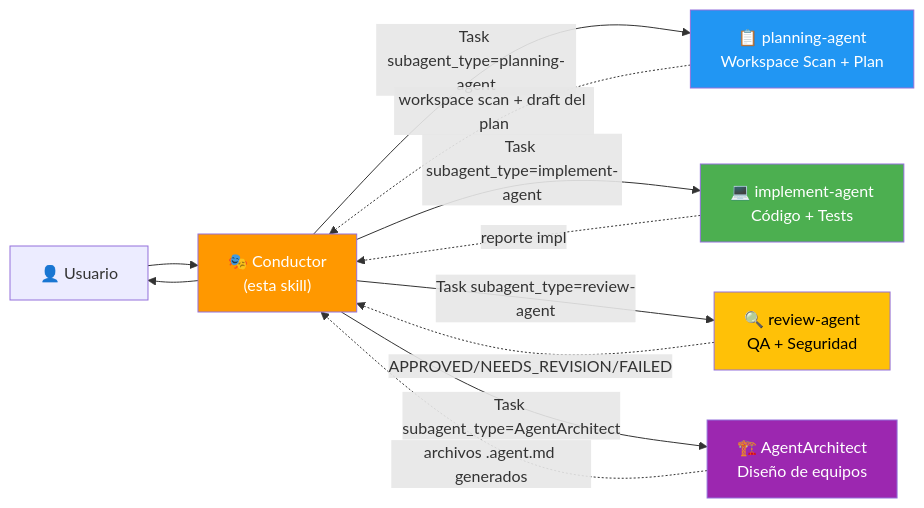
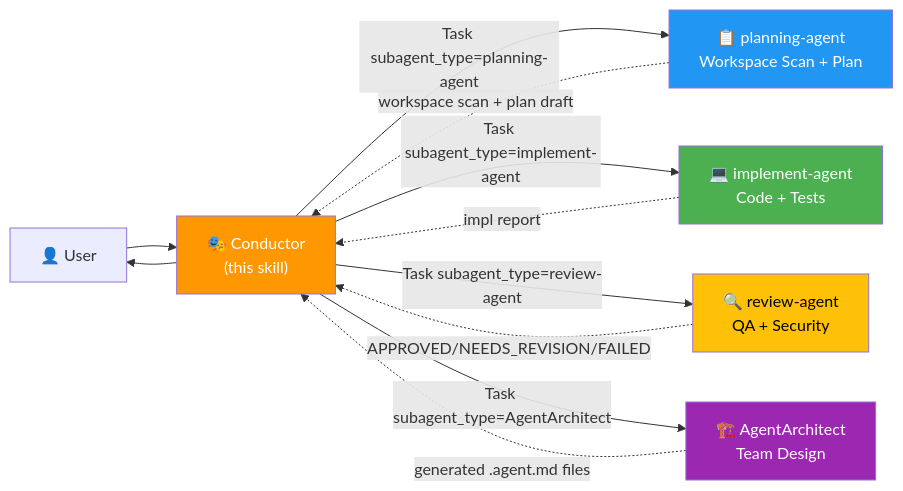
The diagram in skills/subagent-pool/assets/agent-definitions.md (elisaul77/Orquestacion_Agentes_claude), drawn with Mermaid before and after one commit. The commit also changed other lines of this file and 14 other files, not shown here.

````diff
--- a/skills/subagent-pool/assets/agent-definitions.md
+++ b/skills/subagent-pool/assets/agent-definitions.md
@@ -10,19 +10,19 @@
 ```mermaid
 flowchart LR
-    USER["👤 Usuario"] --> COND["🎭 Conductor<br/>(esta skill)"]
+    USER["👤 User"] --> COND["🎭 Conductor<br/>(this skill)"]
     COND -->|"Task subagent_type=planning-agent"| PA["📋 planning-agent<br/>Workspace Scan + Plan"]
-    COND -->|"Task subagent_type=implement-agent"| IA["💻 implement-agent<br/>Código + Tests"]
-    COND -->|"Task subagent_type=review-agent"| RA["🔍 review-agent<br/>QA + Seguridad"]
-    COND -->|"Task subagent_type=AgentArchitect"| AA["🏗️ AgentArchitect<br/>Diseño de equipos"]
-    PA -.->|"workspace scan + draft del plan"| COND
-    IA -.->|"reporte impl"| COND
+    COND -->|"Task subagent_type=implement-agent"| IA["💻 implement-agent<br/>Code + Tests"]
+    COND -->|"Task subagent_type=review-agent"| RA["🔍 review-agent<br/>QA + Security"]
+    COND -->|"Task subagent_type=AgentArchitect"| AA["🏗️ AgentArchitect<br/>Team Design"]
+    PA -.->|"workspace scan + plan draft"| COND
+    IA -.->|"impl report"| COND
     RA -.->|"APPROVED/NEEDS_REVISION/FAILED"| COND
-    AA -.->|"archivos .agent.md generados"| COND
+    AA -.->|"generated .agent.md files"| COND
     COND --> USER
 
     style COND fill:#ff9800,color:#fff
     style PA fill:#2196f3,color:#fff
     style IA fill:#4caf50,color:#fff
     style RA fill:#ffc107,color:#000
     style AA fill:#9c27b0,color:#fff
 ```
````
